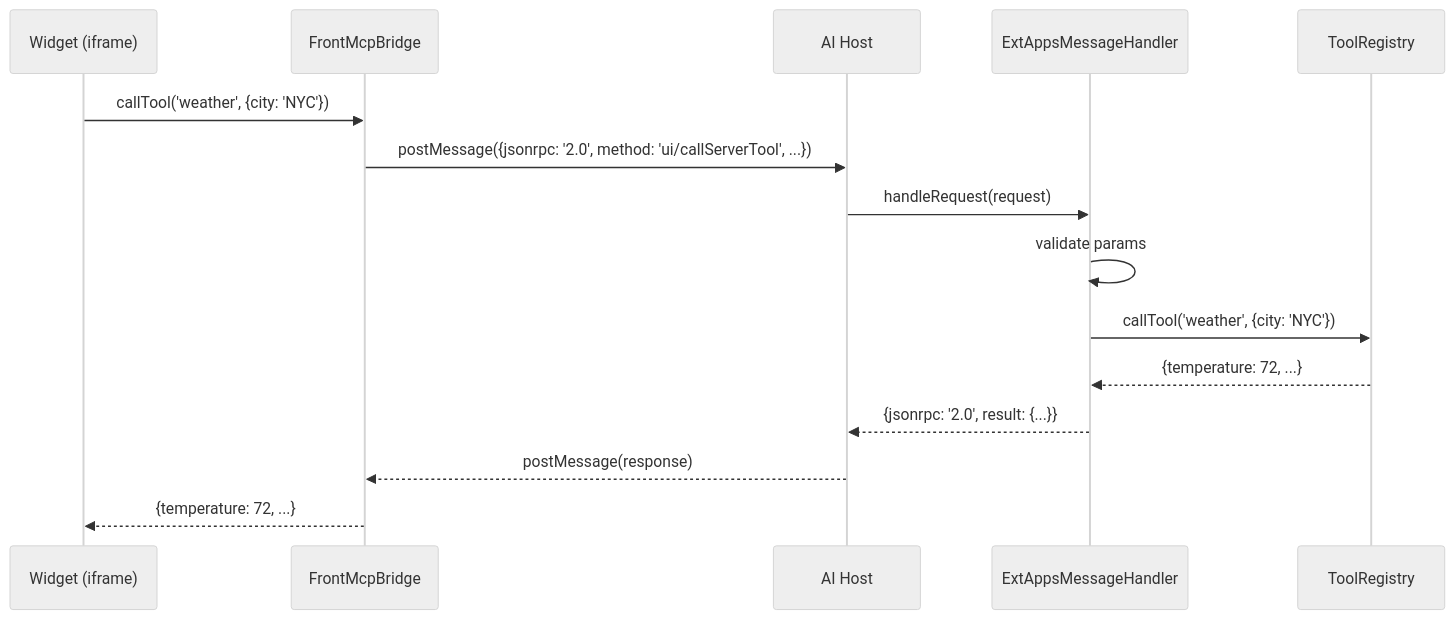
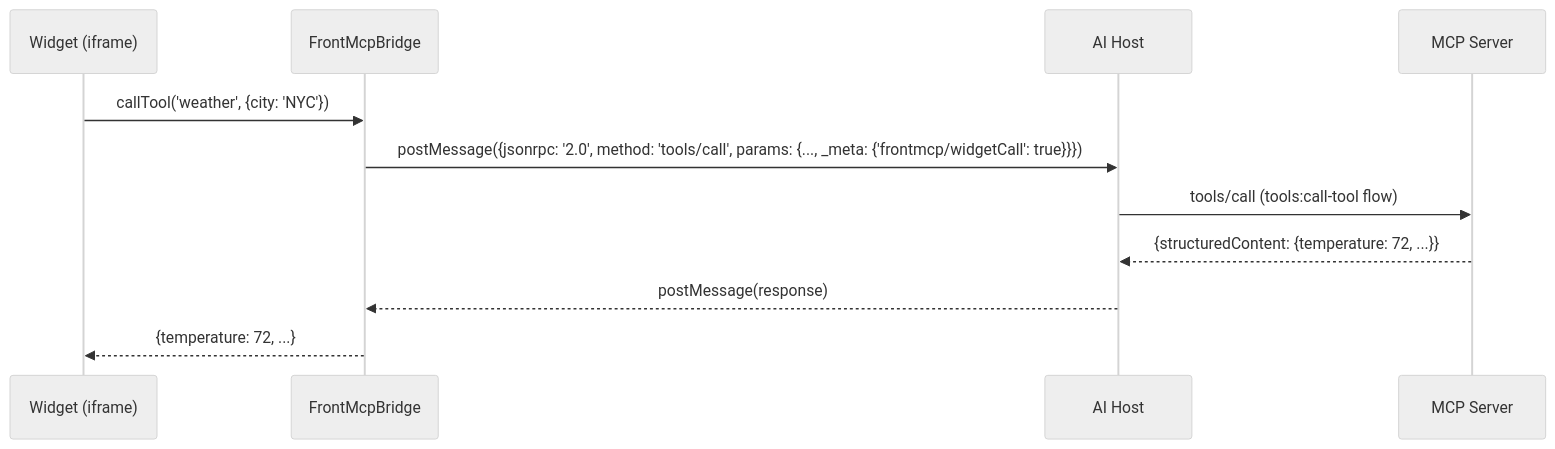
One commit to agentfront/frontmcp changed the first of 2 diagrams in libs/sdk/src/ext-apps/README.md. Above: the diagram before and after it, drawn with Mermaid (neutral theme). The commit also changed other lines of this file and 14 other files, not shown here.

First line of the commit message:
fix(sdk): accept the MCP Apps spec method names from widgets

````diff
--- a/libs/sdk/src/ext-apps/README.md
+++ b/libs/sdk/src/ext-apps/README.md
@@ -351,18 +365,14 @@
 ```mermaid
 sequenceDiagram
   participant Widget as Widget (iframe)
   participant Bridge as FrontMcpBridge
   participant Host as AI Host
-  participant Handler as ExtAppsMessageHandler
-  participant Tools as ToolRegistry
+  participant Tools as MCP Server
 
   Widget->>Bridge: callTool('weather', {city: 'NYC'})
-  Bridge->>Host: postMessage({jsonrpc: '2.0', method: 'ui/callServerTool', ...})
-  Host->>Handler: handleRequest(request)
-  Handler->>Handler: validate params
-  Handler->>Tools: callTool('weather', {city: 'NYC'})
-  Tools-->>Handler: {temperature: 72, ...}
-  Handler-->>Host: {jsonrpc: '2.0', result: {...}}
+  Bridge->>Host: postMessage({jsonrpc: '2.0', method: 'tools/call', params: {..., _meta: {'frontmcp/widgetCall': true}}})
+  Host->>Tools: tools/call (tools:call-tool flow)
+  Tools-->>Host: {structuredContent: {temperature: 72, ...}}
   Host-->>Bridge: postMessage(response)
   Bridge-->>Widget: {temperature: 72, ...}
 ```
````
